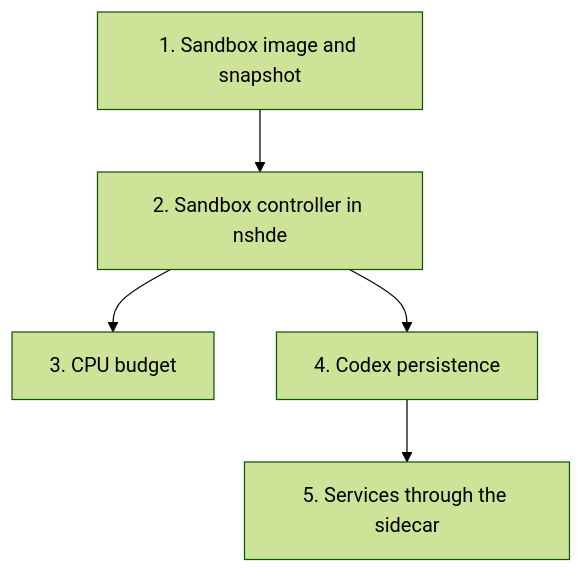
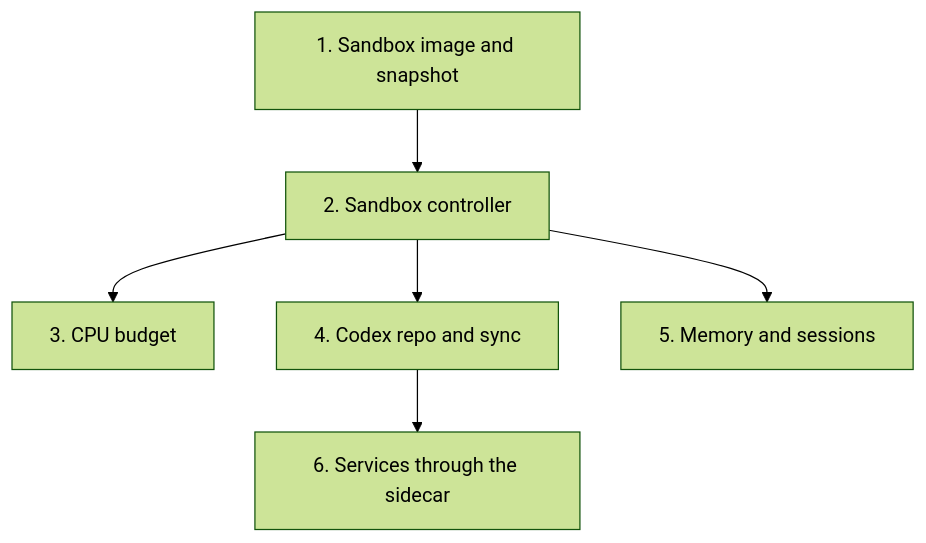
The second of 2 diagrams in docs/internal/plans/008_agent-sandbox.md (0x1d/athanor), drawn with Mermaid (forest theme) before and after one commit. The commit also changed other lines of this file and 2 other files, not shown here.

First line of the commit message:
docs(plans): plan free-tier deployment with Supabase auth and a codex repo

````diff
--- a/docs/internal/plans/008_agent-sandbox.md
+++ b/docs/internal/plans/008_agent-sandbox.md
@@ -63,12 +114,14 @@
 ```mermaid
 flowchart TD
   image[1. Sandbox image and snapshot]
-  controller[2. Sandbox controller in nshde]
+  controller[2. Sandbox controller]
   budget[3. CPU budget]
-  persist[4. Codex persistence]
-  services[5. Services through the sidecar]
+  repo[4. Codex repo and sync]
+  memory[5. Memory and sessions]
+  services[6. Services through the sidecar]
   image --> controller
   controller --> budget
-  controller --> persist
-  persist --> services
+  controller --> repo
+  controller --> memory
+  repo --> services
 ```
````
